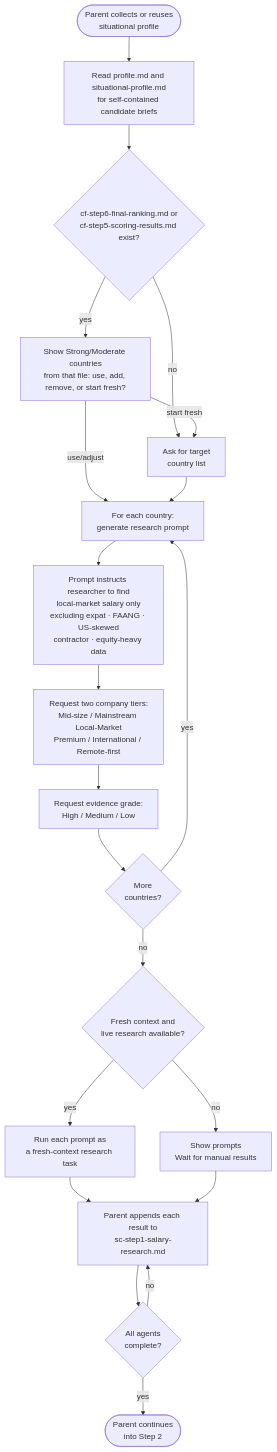
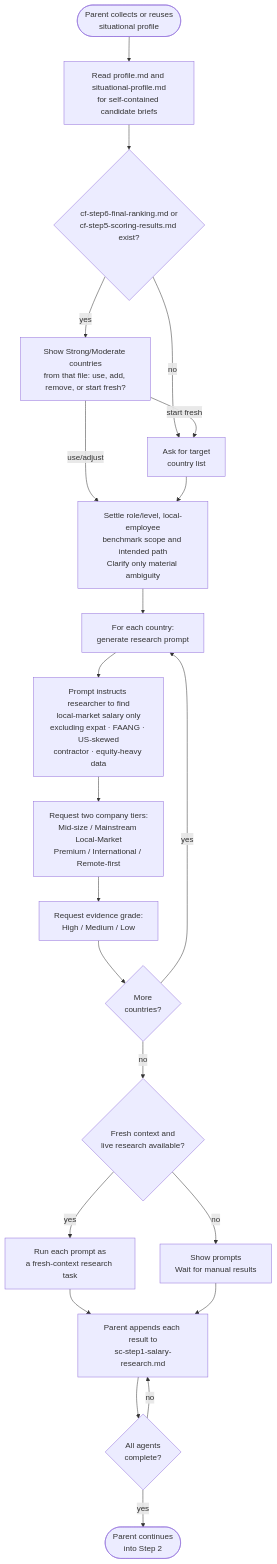
The diagram in docs/commands/salary-calculator/step1-research-prompt-generator.md (myowinthein/agent-compass), drawn with Mermaid before and after one commit. The commit also changed other lines of this file and 17 other files, not shown here.

````diff
--- a/docs/commands/salary-calculator/step1-research-prompt-generator.md
+++ b/docs/commands/salary-calculator/step1-research-prompt-generator.md
@@ -14,23 +14,24 @@
 ```mermaid
 flowchart TD
   Start([Parent collects or reuses\nsituational profile]) --> ReadProfile[Read profile.md and situational-profile.md\nfor self-contained candidate briefs]
   ReadProfile --> CFCheck{cf-step6-final-ranking.md or\ncf-step5-scoring-results.md exist?}
   CFCheck -->|yes| Offer[Show Strong/Moderate countries\nfrom that file: use, add, remove, or start fresh?]
   CFCheck -->|no| AskList[Ask for target\ncountry list]
   Offer -->|start fresh| AskList
-  Offer -->|use/adjust| ForEach
-  AskList --> ForEach[For each country:\ngenerate research prompt]
+  Offer -->|use/adjust| Scope
+  AskList --> Scope[Settle role/level, local-employee\nbenchmark scope and intended path\nClarify only material ambiguity]
+  Scope --> ForEach[For each country:\ngenerate research prompt]
   ForEach --> Prompt[Prompt instructs researcher to find\nlocal-market salary only\nexcluding expat · FAANG · US-skewed\ncontractor · equity-heavy data]
   Prompt --> Tiers[Request two company tiers:\nMid-size / Mainstream Local-Market\nPremium / International / Remote-first]
   Tiers --> Grade[Request evidence grade:\nHigh / Medium / Low]
   Grade --> More{More\ncountries?}
   More -->|yes| ForEach
   More -->|no| Capability{Fresh context and\nlive research available?}
   Capability -->|yes| Agents[Run each prompt as\na fresh-context research task]
   Capability -->|no| Manual[Show prompts\nWait for manual results]
   Agents --> Append[Parent appends each result to\nsc-step1-salary-research.md]
   Manual --> Append
   Append --> AllDone{All agents\ncomplete?}
   AllDone -->|no| Append
   AllDone -->|yes| Done([Parent continues\ninto Step 2])
 ```
````
